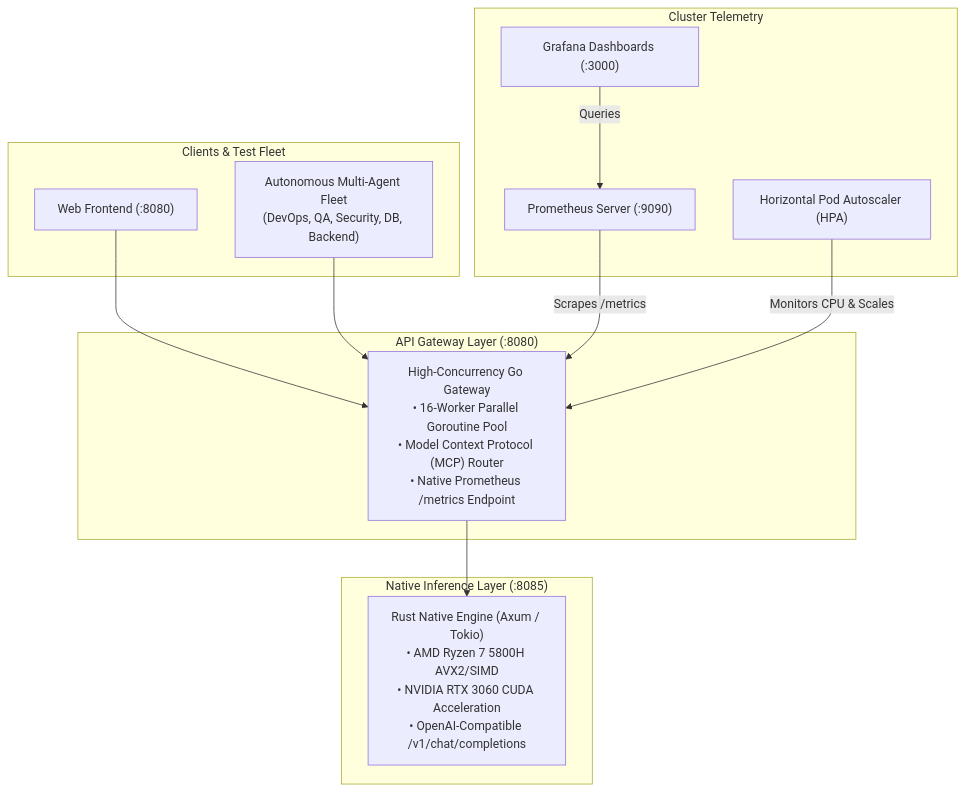
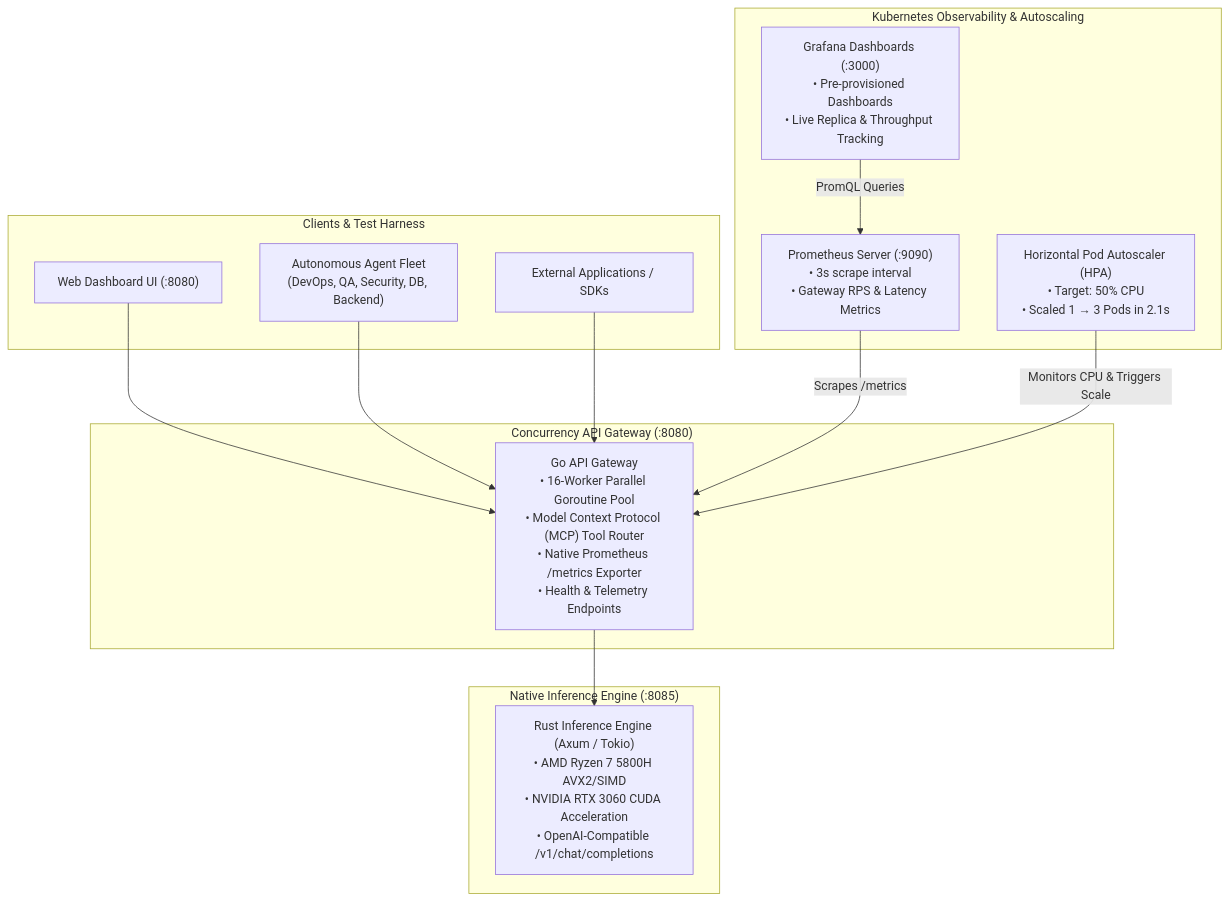
The diagram in README.md (Bhomesh/nexus-ai-platform), drawn with Mermaid before and after one commit. The commit also changed other lines of this file and 3 other files, not shown here.

Commit message:
docs: enrich README with architecture specs, quickstart guides, troubleshooting, and GitHub issue templates

````diff
--- a/README.md
+++ b/README.md
@@ -11,28 +28,30 @@
 ```mermaid
 flowchart TD
-    subgraph ClientLayer["Clients & Test Fleet"]
-        UI["Web Frontend (:8080)"]
-        AGENTS["Autonomous Multi-Agent Fleet\n(DevOps, QA, Security, DB, Backend)"]
+    subgraph ClientLayer["Clients & Test Harness"]
+        UI["Web Dashboard UI (:8080)"]
+        AGENTS["Autonomous Agent Fleet\n(DevOps, QA, Security, DB, Backend)"]
+        CLIENTS["External Applications / SDKs"]
     end
 
-    subgraph GatewayLayer["API Gateway Layer (:8080)"]
-        GW["High-Concurrency Go Gateway\n• 16-Worker Parallel Goroutine Pool\n• Model Context Protocol (MCP) Router\n• Native Prometheus /metrics Endpoint"]
+    subgraph GatewayLayer["Concurrency API Gateway (:8080)"]
+        GW["Go API Gateway\n• 16-Worker Parallel Goroutine Pool\n• Model Context Protocol (MCP) Tool Router\n• Native Prometheus /metrics Exporter\n• Health & Telemetry Endpoints"]
     end
 
-    subgraph EngineLayer["Native Inference Layer (:8085)"]
-        ENG["Rust Native Engine (Axum / Tokio)\n• AMD Ryzen 7 5800H AVX2/SIMD\n• NVIDIA RTX 3060 CUDA Acceleration\n• OpenAI-Compatible /v1/chat/completions"]
+    subgraph EngineLayer["Native Inference Engine (:8085)"]
+        ENG["Rust Inference Engine (Axum / Tokio)\n• AMD Ryzen 7 5800H AVX2/SIMD\n• NVIDIA RTX 3060 CUDA Acceleration\n• OpenAI-Compatible /v1/chat/completions"]
     end
 
-    subgraph ObservabilityLayer["Cluster Telemetry"]
-        PROM["Prometheus Server (:9090)"]
-        GRAF["Grafana Dashboards (:3000)"]
-        HPA["Horizontal Pod Autoscaler (HPA)"]
+    subgraph ObservabilityLayer["Kubernetes Observability & Autoscaling"]
+        PROM["Prometheus Server (:9090)\n• 3s scrape interval\n• Gateway RPS & Latency Metrics"]
+        GRAF["Grafana Dashboards (:3000)\n• Pre-provisioned Dashboards\n• Live Replica & Throughput Tracking"]
+        HPA["Horizontal Pod Autoscaler (HPA)\n• Target: 50% CPU\n• Scaled 1 → 3 Pods in 2.1s"]
     end
 
     UI --> GW
     AGENTS --> GW
+    CLIENTS --> GW
     GW --> ENG
     PROM -->|Scrapes /metrics| GW
-    HPA -->|Monitors CPU & Scales| GW
-    GRAF -->|Queries| PROM
+    HPA -->|Monitors CPU & Triggers Scale| GW
+    GRAF -->|PromQL Queries| PROM
 ```
````
